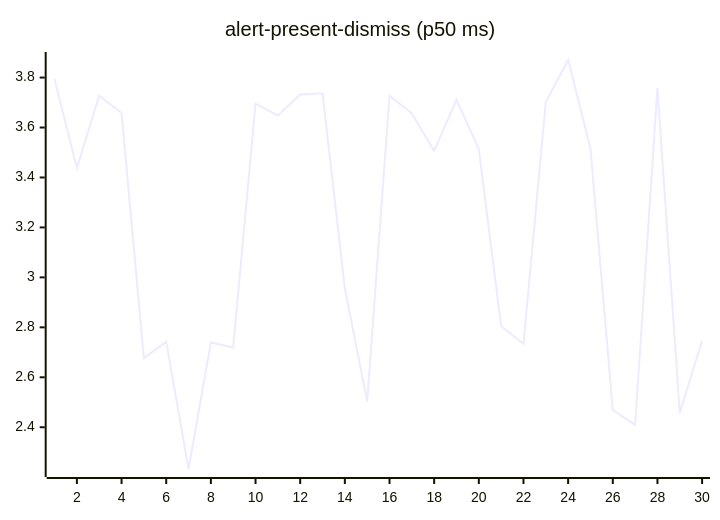
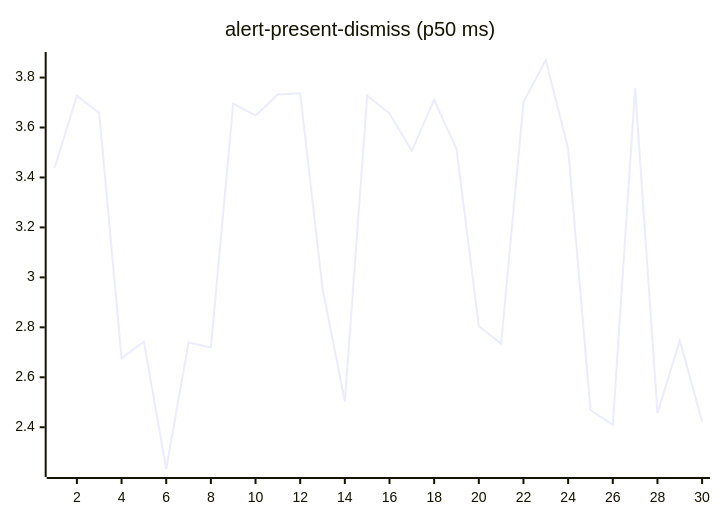
One commit to josha/Facet changed the second of 27 diagrams in README.md. Above: the diagram before and after it, drawn with Mermaid. The commit also changed other lines of this file and 2 other files, not shown here.

````diff
--- a/README.md
+++ b/README.md
@@ -70,6 +70,6 @@
 ```mermaid
 xychart-beta
     title "alert-present-dismiss (p50 ms)"
     x-axis 1 --> 30
-    line [3.7936, 3.4376, 3.7274, 3.6582, 2.6769, 2.7425, 2.2328, 2.7393, 2.7195, 3.6955, 3.6480, 3.7318, 3.7373, 2.9562, 2.5024, 3.7273, 3.6562, 3.5064, 3.7112, 3.5136, 2.8044, 2.7337, 3.7022, 3.8703, 3.5157, 2.4688, 2.4093, 3.7592, 2.4564, 2.7475]
+    line [3.4376, 3.7274, 3.6582, 2.6769, 2.7425, 2.2328, 2.7393, 2.7195, 3.6955, 3.6480, 3.7318, 3.7373, 2.9562, 2.5024, 3.7273, 3.6562, 3.5064, 3.7112, 3.5136, 2.8044, 2.7337, 3.7022, 3.8703, 3.5157, 2.4688, 2.4093, 3.7592, 2.4564, 2.7475, 2.4232]
 ```
````
